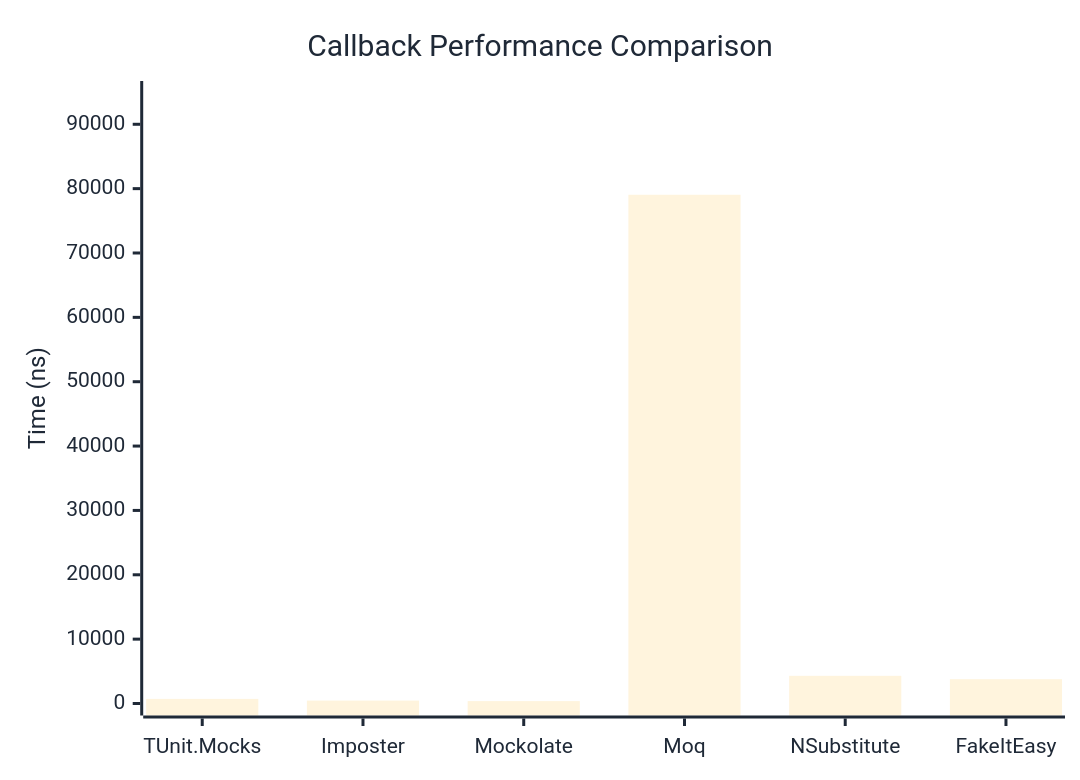
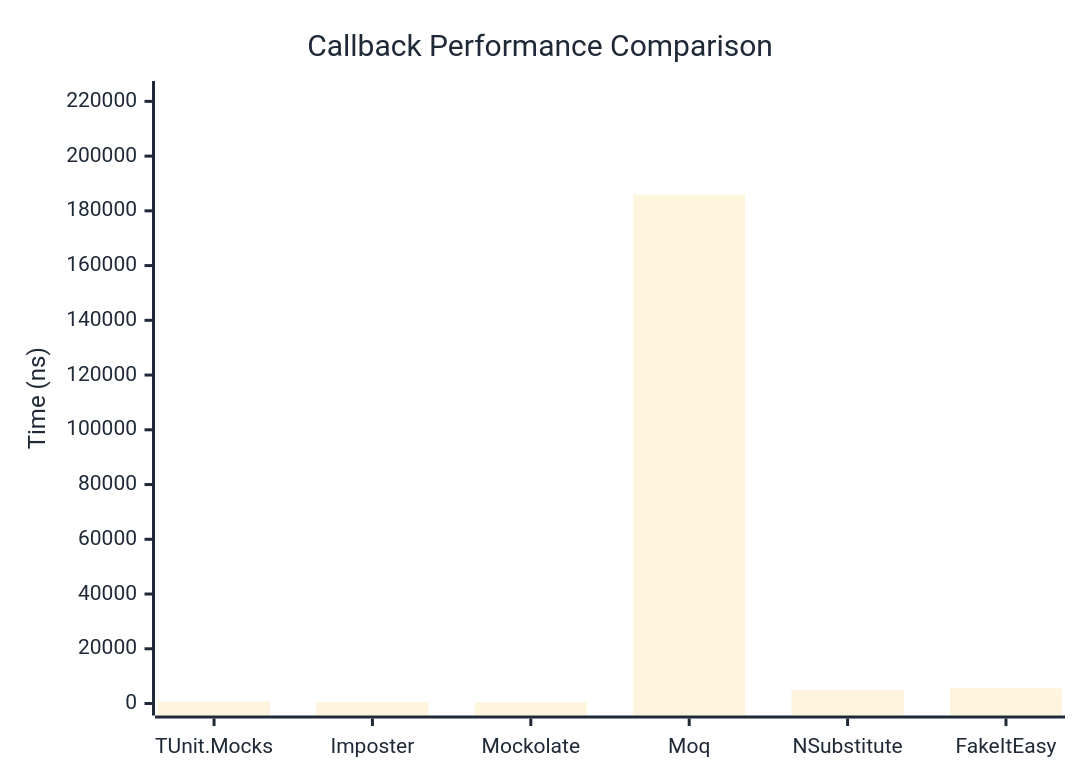
The first of 2 diagrams in docs/docs/benchmarks/mocks/Callback.md (thomhurst/TUnit), drawn with Mermaid before and after one commit. The commit also changed other lines of this file and 14 other files, not shown here.

````diff
--- a/docs/docs/benchmarks/mocks/Callback.md
+++ b/docs/docs/benchmarks/mocks/Callback.md
@@ -30,27 +30,27 @@
 ```mermaid
 %%{init: {
   'theme':'base',
   'themeVariables': {
     'primaryColor': '#2563eb',
     'primaryTextColor': '#1f2937',
     'primaryBorderColor': '#1e40af',
     'lineColor': '#6b7280',
     'secondaryColor': '#7c3aed',
     'tertiaryColor': '#dc2626',
     'background': '#ffffff',
     'pie1': '#2563eb',
     'pie2': '#7c3aed',
     'pie3': '#dc2626',
     'pie4': '#f59e0b',
     'pie5': '#10b981',
     'pie6': '#06b6d4',
     'pie7': '#ec4899',
     'pie8': '#6366f1'
   }
 }}%%
 xychart-beta
   title "Callback Performance Comparison"
   x-axis ["TUnit.Mocks", "Imposter", "Mockolate", "Moq", "NSubstitute", "FakeItEasy"]
-  y-axis "Time (ns)" 0 --> 94860
-  bar [713.3, 451.7, 374.7, 79049.6, 4301.2, 3776.8]
+  y-axis "Time (ns)" 0 --> 223058
+  bar [708.8, 489.7, 388.1, 185881.1, 4993.8, 5533.6]
 ```
````
